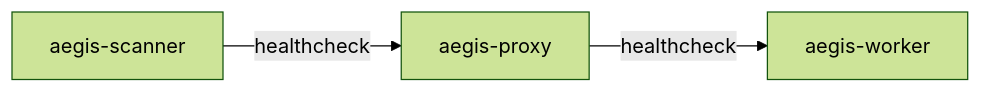
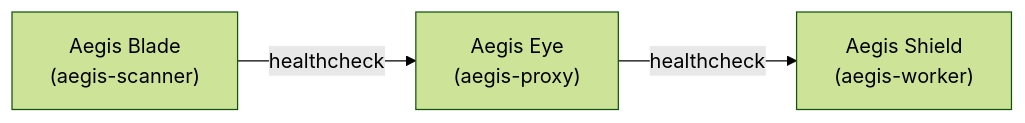
One commit to hdknr/aegis changed the third of 3 diagrams in docs/architecture.md. Above: the diagram before and after it, drawn with Mermaid (forest theme). The commit also changed other lines of this file and 1 other file, not shown here.

First line of the commit message:
docs: add codenames and component links to architecture and index pages

````diff
--- a/docs/architecture.md
+++ b/docs/architecture.md
@@ -92,5 +98,5 @@
 ```mermaid
 graph LR
-    Scanner["aegis-scanner"] -->|healthcheck| Proxy["aegis-proxy"]
-    Proxy -->|healthcheck| Worker["aegis-worker"]
+    Scanner["Aegis Blade<br/>(aegis-scanner)"] -->|healthcheck| Proxy["Aegis Eye<br/>(aegis-proxy)"]
+    Proxy -->|healthcheck| Worker["Aegis Shield<br/>(aegis-worker)"]
 ```
````
